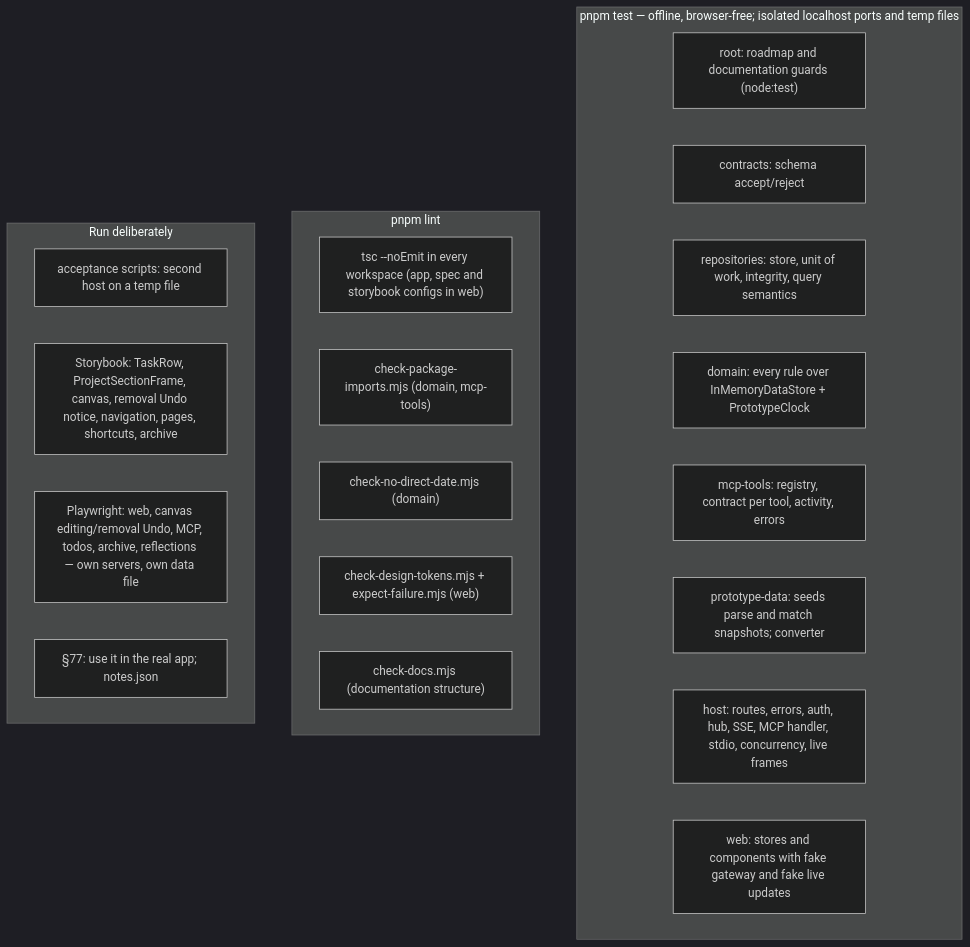
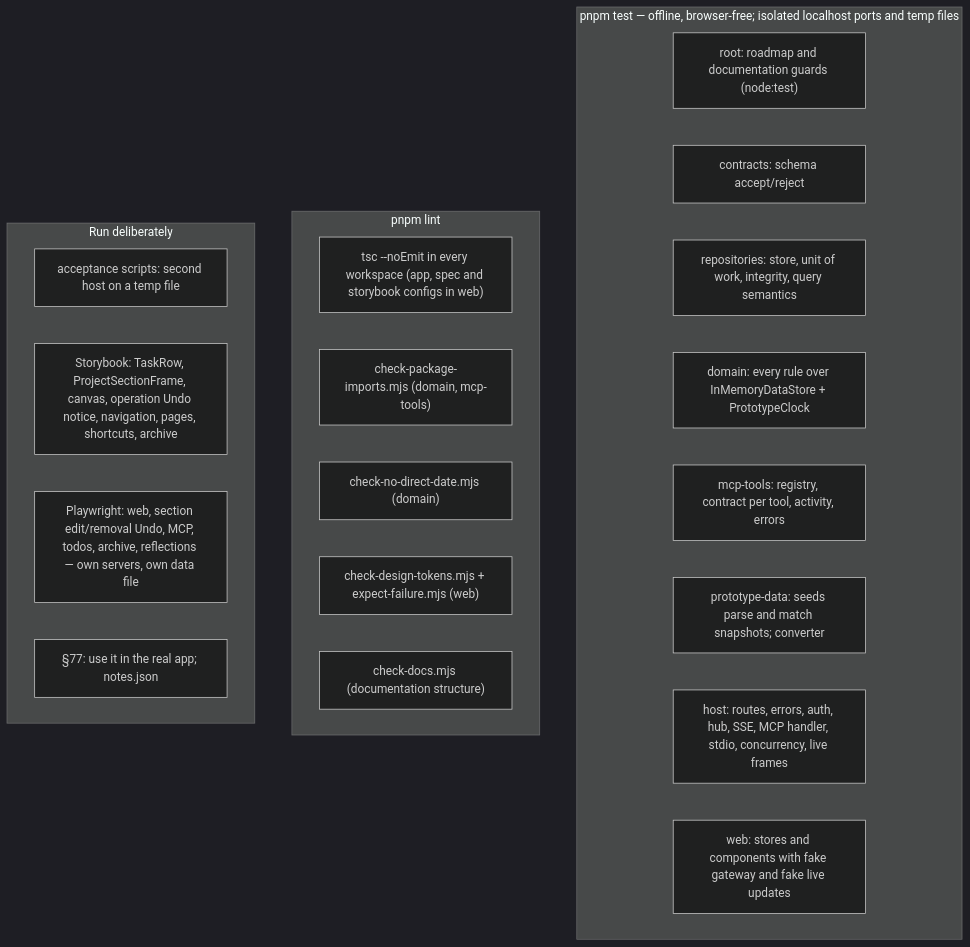
One commit to CalciteDragon/Canvas-work-manager-prototype changed the first of 2 diagrams in docs/architecture/testing/what.md. Above: the diagram before and after it, drawn with Mermaid (dark theme). The commit also changed other lines of this file and 93 other files, not shown here.

First line of the commit message:
feat: implement Slice 32 section edit Undo (§§27, 31–32, 54, 57, 63)

````diff
--- a/docs/architecture/testing/what.md
+++ b/docs/architecture/testing/what.md
@@ -5,26 +5,26 @@
 ```mermaid
 flowchart TB
   subgraph offline["pnpm test — offline, browser-free; isolated localhost ports and temp files"]
     roadmap["root: roadmap and documentation guards (node:test)"]
     c["contracts: schema accept/reject"]
     r["repositories: store, unit of work, integrity, query semantics"]
     d["domain: every rule over InMemoryDataStore + PrototypeClock"]
     m["mcp-tools: registry, contract per tool, activity, errors"]
     p["prototype-data: seeds parse and match snapshots; converter"]
     h["host: routes, errors, auth, hub, SSE, MCP handler, stdio, concurrency, live frames"]
     w["web: stores and components with fake gateway and fake live updates"]
   end
   subgraph lint["pnpm lint"]
     tsc["tsc --noEmit in every workspace (app, spec and storybook configs in web)"]
     imp["check-package-imports.mjs (domain, mcp-tools)"]
     date["check-no-direct-date.mjs (domain)"]
     tok["check-design-tokens.mjs + expect-failure.mjs (web)"]
     docs["check-docs.mjs (documentation structure)"]
   end
   subgraph real["Run deliberately"]
     acc["acceptance scripts: second host on a temp file"]
-    sb["Storybook: TaskRow, ProjectSectionFrame, canvas, removal Undo notice, navigation, pages, shortcuts, archive"]
-    e2e["Playwright: web, canvas editing/removal Undo, MCP, todos, archive, reflections — own servers, own data file"]
+    sb["Storybook: TaskRow, ProjectSectionFrame, canvas, operation Undo notice, navigation, pages, shortcuts, archive"]
+    e2e["Playwright: web, section edit/removal Undo, MCP, todos, archive, reflections — own servers, own data file"]
     use["§77: use it in the real app; notes.json"]
   end
 ```
````
